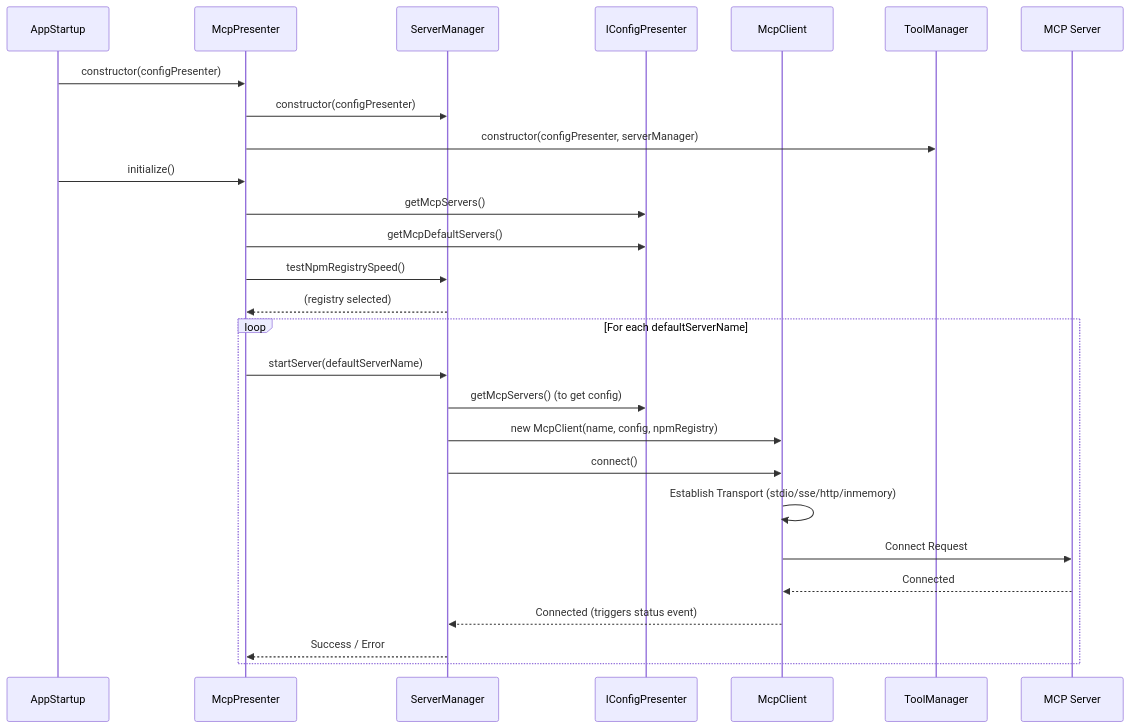
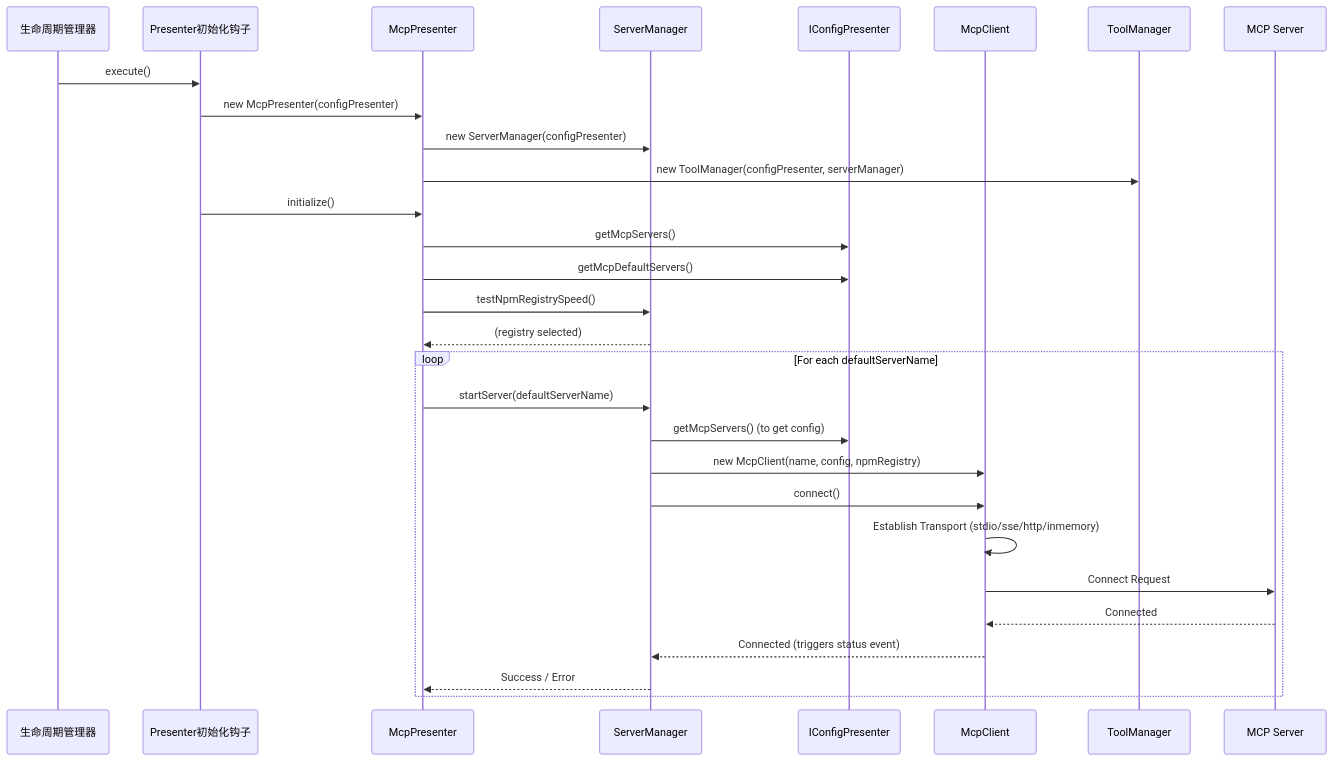
Before and after one commit to wangle201210/deepchat: the second of 4 diagrams in docs/mcp-architecture.md, drawn with Mermaid. The commit also changed 68 other files, not shown here.

````diff
--- a/docs/mcp-architecture.md
+++ b/docs/mcp-architecture.md
@@ -149,28 +149,30 @@
 ```mermaid
 sequenceDiagram
-    participant AppStartup
+    participant LifecycleManager as 生命周期管理器
+    participant PresenterInitHook as Presenter初始化钩子
     participant McpPresenter
     participant ServerManager
     participant IConfigPresenter
     participant McpClient
 
-    AppStartup->>McpPresenter: constructor(configPresenter)
-    McpPresenter->>ServerManager: constructor(configPresenter)
-    McpPresenter->>ToolManager: constructor(configPresenter, serverManager)
-    AppStartup->>McpPresenter: initialize()
+    LifecycleManager->>PresenterInitHook: execute()
+    PresenterInitHook->>McpPresenter: new McpPresenter(configPresenter)
+    McpPresenter->>ServerManager: new ServerManager(configPresenter)
+    McpPresenter->>ToolManager: new ToolManager(configPresenter, serverManager)
+    PresenterInitHook->>McpPresenter: initialize()
     McpPresenter->>IConfigPresenter: getMcpServers()
     McpPresenter->>IConfigPresenter: getMcpDefaultServers()
     McpPresenter->>ServerManager: testNpmRegistrySpeed()
     ServerManager-->>McpPresenter: (registry selected)
     loop For each defaultServerName
         McpPresenter->>ServerManager: startServer(defaultServerName)
         ServerManager->>IConfigPresenter: getMcpServers() (to get config)
         ServerManager->>McpClient: new McpClient(name, config, npmRegistry)
         ServerManager->>McpClient: connect()
         McpClient->>McpClient: Establish Transport (stdio/sse/http/inmemory)
         McpClient->>MCP Server: Connect Request
         MCP Server-->>McpClient: Connected
         McpClient-->>ServerManager: Connected (triggers status event)
         ServerManager-->>McpPresenter: Success / Error
     end
 ```
````
